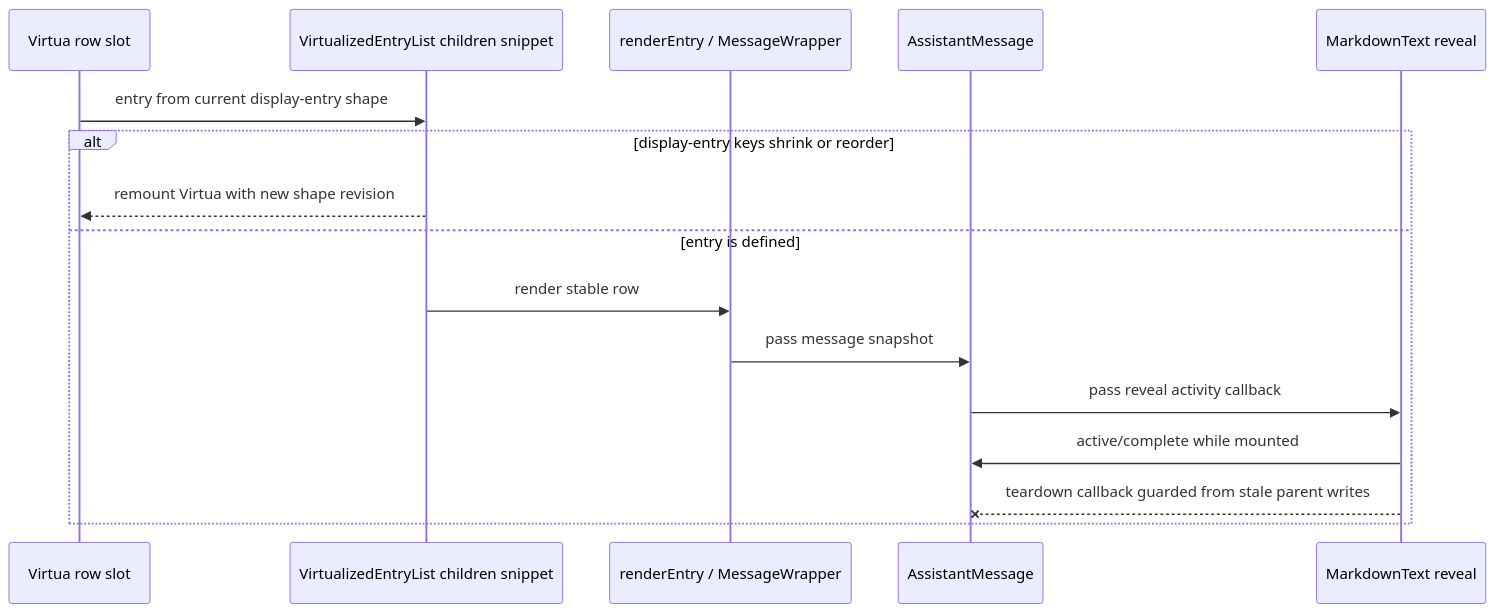
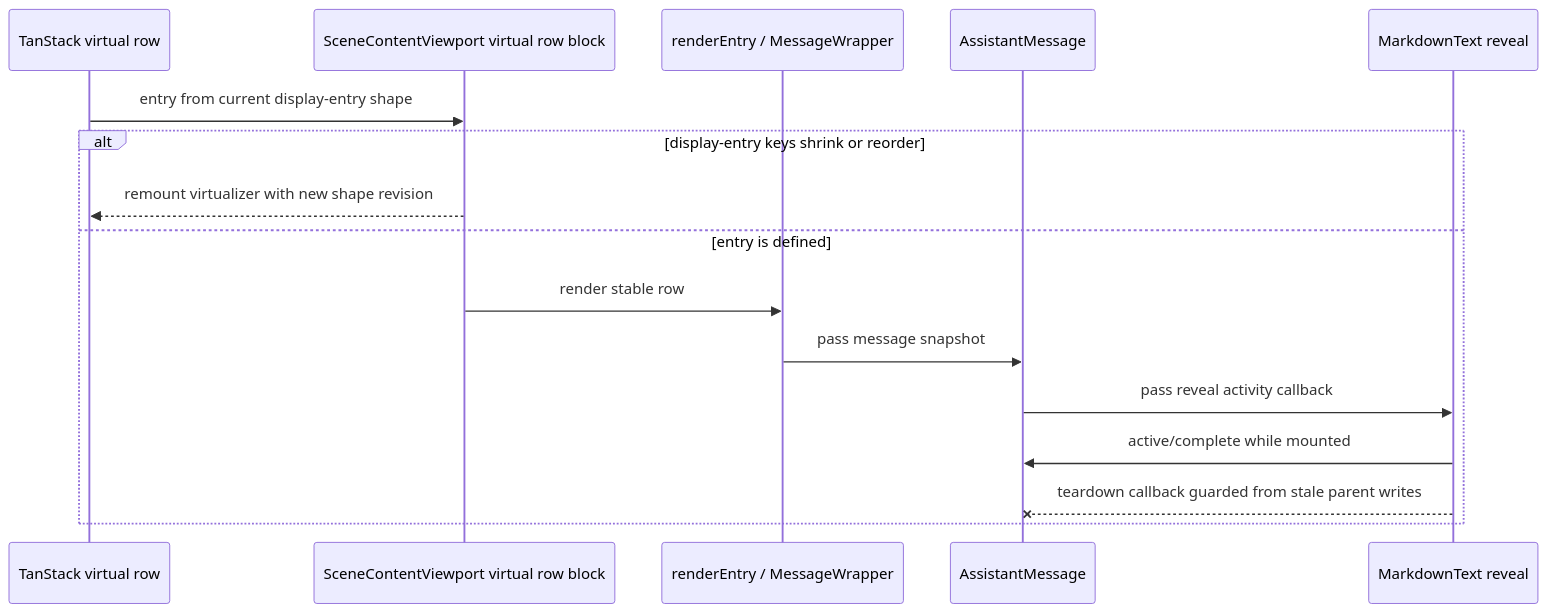
One commit to flazouh/acepe changed the diagram in docs/plans/2026-04-25-001-fix-agent-panel-virtualized-reveal-crash-plan.md. Above: the diagram before and after it, drawn with Mermaid. The commit also changed 3 other files, not shown here.

````diff
--- a/docs/plans/2026-04-25-001-fix-agent-panel-virtualized-reveal-crash-plan.md
+++ b/docs/plans/2026-04-25-001-fix-agent-panel-virtualized-reveal-crash-plan.md
@@ -99,19 +99,19 @@
 ```mermaid
 sequenceDiagram
-    participant Virtua as Virtua row slot
-    participant VList as VirtualizedEntryList children snippet
+    participant Virtualizer as TanStack virtual row
+    participant Viewport as SceneContentViewport virtual row block
     participant Row as renderEntry / MessageWrapper
     participant Assistant as AssistantMessage
     participant Markdown as MarkdownText reveal
 
-    Virtua->>VList: entry from current display-entry shape
+    Virtualizer->>Viewport: entry from current display-entry shape
     alt display-entry keys shrink or reorder
-        VList-->>Virtua: remount Virtua with new shape revision
+        Viewport-->>Virtualizer: remount virtualizer with new shape revision
     else entry is defined
-        VList->>Row: render stable row
+        Viewport->>Row: render stable row
         Row->>Assistant: pass message snapshot
         Assistant->>Markdown: pass reveal activity callback
         Markdown->>Assistant: active/complete while mounted
         Markdown--xAssistant: teardown callback guarded from stale parent writes
     end
 ```
````
